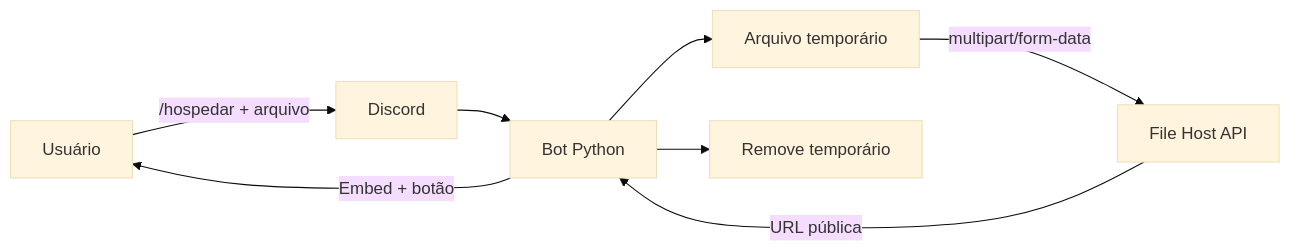
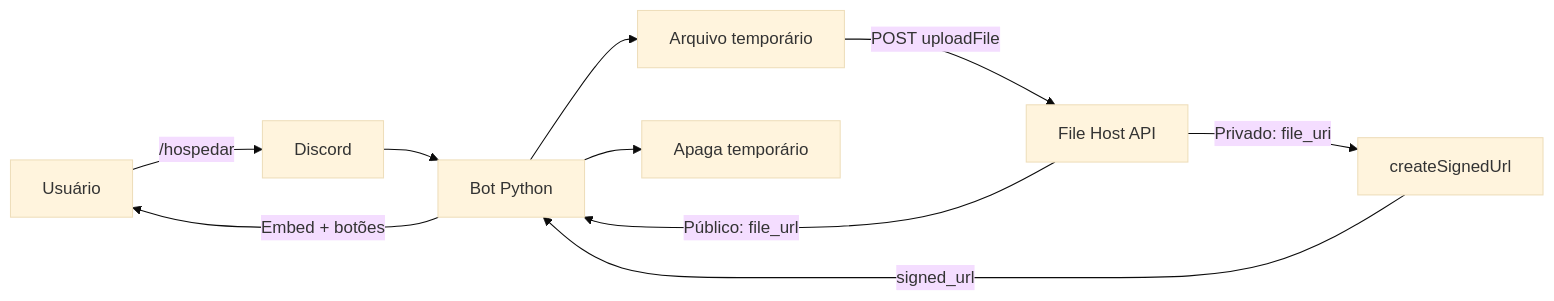
The diagram in README.md (knox-devx/bot-discord-file-host), drawn with Mermaid (base theme) before and after one commit. The commit also changed other lines of this file, not shown here.

Commit message:
docs: alinha README com File Host API v1

````diff
--- a/README.md
+++ b/README.md
@@ -185,10 +198,12 @@
 ```mermaid
 flowchart LR
-    A[Usuário] -->|/hospedar + arquivo| B[Discord]
+    A[Usuário] -->|/hospedar| B[Discord]
     B --> C[Bot Python]
     C --> D[Arquivo temporário]
-    D -->|multipart/form-data| E[File Host API]
-    E -->|URL pública| C
-    C -->|Embed + botão| A
-    C --> F[Remove temporário]
+    D -->|POST uploadFile| E[File Host API]
+    E -->|Público: file_url| C
+    E -->|Privado: file_uri| F[createSignedUrl]
+    F -->|signed_url| C
+    C -->|Embed + botões| A
+    C --> G[Apaga temporário]
 ```
````
